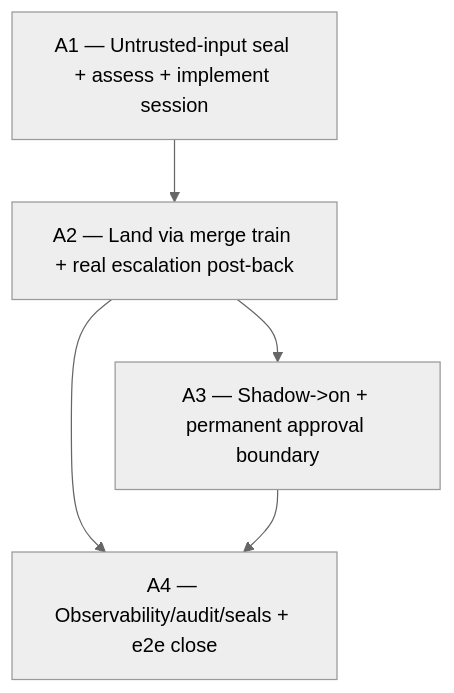
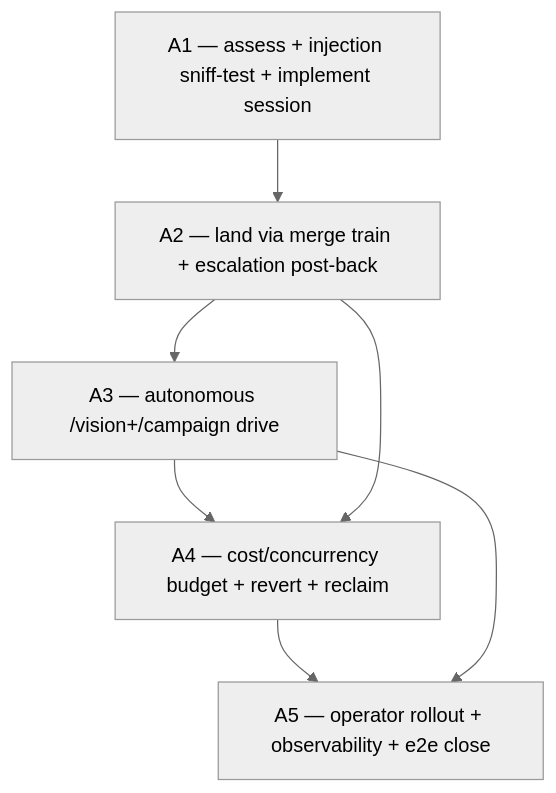
Before and after one commit to Apodus/project-management: the diagram in roadmaps/vision-20260613-responder-auto-implement.md, drawn with Mermaid (neutral theme). The commit also changed other lines of this file, not shown here.

First line of the commit message:
docs(vision): auto-implement rev2 — trust-first (autonomous vision+campaign drive)

````diff
--- a/roadmaps/vision-20260613-responder-auto-implement.md
+++ b/roadmaps/vision-20260613-responder-auto-implement.md
@@ -258,11 +243,14 @@
 ```mermaid
 graph TD
-    A1[A1 — Untrusted-input seal + assess + implement session]
-    A2[A2 — Land via merge train + real escalation post-back]
-    A3[A3 — Shadow->on + permanent approval boundary]
-    A4[A4 — Observability/audit/seals + e2e close]
+    A1[A1 — assess + injection sniff-test + implement session]
+    A2[A2 — land via merge train + escalation post-back]
+    A3[A3 — autonomous /vision+/campaign drive]
+    A4[A4 — cost/concurrency budget + revert + reclaim]
+    A5[A5 — operator rollout + observability + e2e close]
     A1 --> A2
     A2 --> A3
+    A3 --> A4
     A2 --> A4
-    A3 --> A4
+    A4 --> A5
+    A3 --> A5
 ```
````
